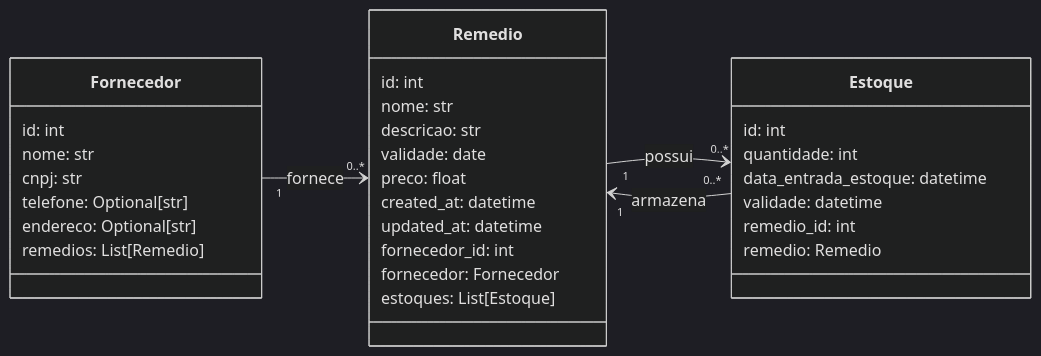
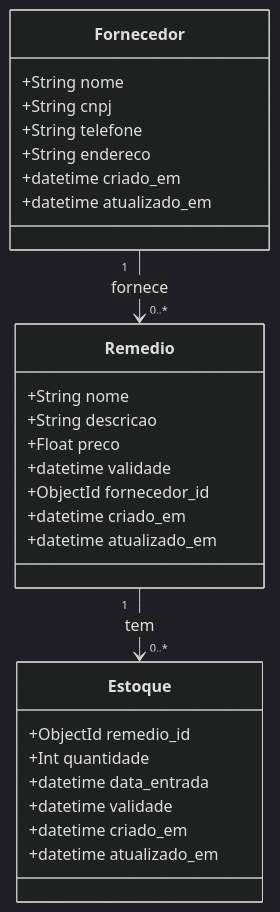
One commit to Naliat/PersistenciaT3 changed the diagram in README.md. Above: the diagram before and after it, drawn with Mermaid (dark theme). The commit also changed other lines of this file, not shown here.

Commit message:
Alterações Tailan

````diff
--- a/README.md
+++ b/README.md
@@ -2,38 +6,34 @@
 ```mermaid
 classDiagram
-    direction LR
     class Fornecedor {
-        id: int
-        nome: str
-        cnpj: str
-        telefone: Optional[str]
-        endereco: Optional[str]
-        remedios: List[Remedio]
+        +String nome
+        +String cnpj
+        +String telefone
+        +String endereco
+        +datetime criado_em
+        +datetime atualizado_em
+    }
+    
+    class Remedio {
+        +String nome
+        +String descricao
+        +Float preco
+        +datetime validade
+        +ObjectId fornecedor_id
+        +datetime criado_em
+        +datetime atualizado_em
+    }
+    
+    class Estoque {
+        +ObjectId remedio_id
+        +Int quantidade
+        +datetime data_entrada
+        +datetime validade
+        +datetime criado_em
+        +datetime atualizado_em
     }
 
-    class Remedio {
-        id: int
-        nome: str
-        descricao: str
-        validade: date
-        preco: float
-        created_at: datetime
-        updated_at: datetime
-        fornecedor_id: int
-        fornecedor: Fornecedor
-        estoques: List[Estoque]
-    }
+    Fornecedor "1" --> "0..*" Remedio : fornece
+    Remedio "1" --> "0..*" Estoque : tem
 
-    class Estoque {
-        id: int
-        quantidade: int
-        data_entrada_estoque: datetime
-        validade: datetime
-        remedio_id: int
-        remedio: Remedio
-    }
-
-    Fornecedor "1" --> "0..*" Remedio: fornece
-    Remedio "1" --> "0..*" Estoque: possui
-    Estoque "0..*" --> "1" Remedio: armazena
 ```
````
